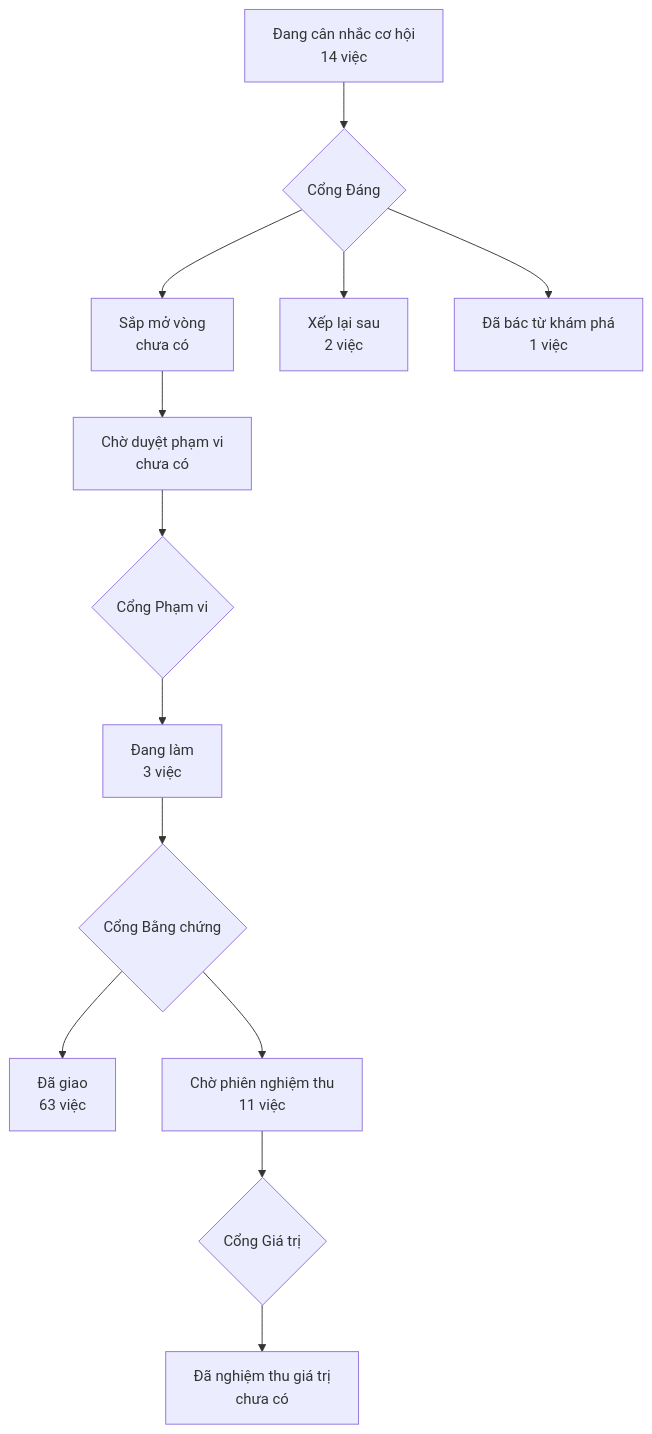
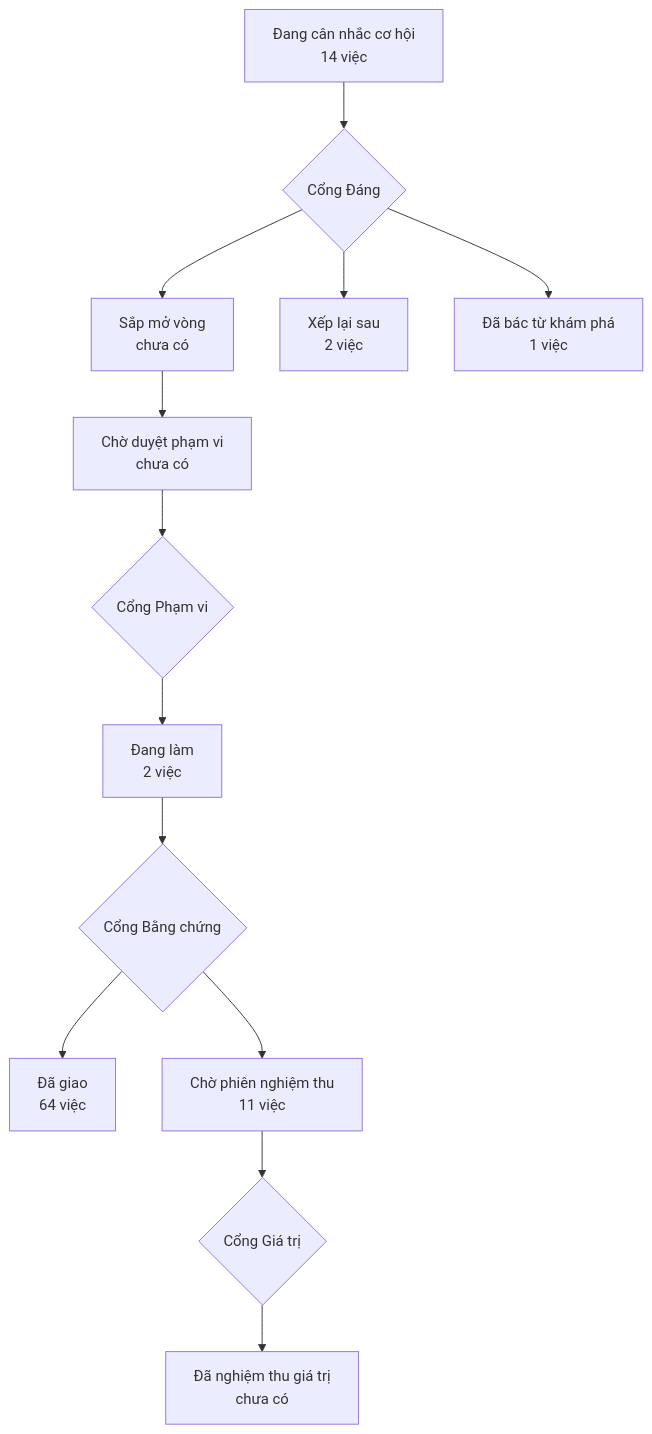
Before and after one commit to phanlemanh/acceptance-gate-kit: the diagram in PRODUCT-MAP.md, drawn with Mermaid. The commit also changed 4 other files, not shown here.

````diff
--- a/PRODUCT-MAP.md
+++ b/PRODUCT-MAP.md
@@ -6,12 +6,12 @@
 ```mermaid
 flowchart TD
   A["Đang cân nhắc cơ hội<br/>14 việc"] --> GD{"Cổng Đáng"}
   GD --> B["Sắp mở vòng<br/>chưa có"]
   GD --> XL["Xếp lại sau<br/>2 việc"]
   GD --> DB["Đã bác từ khám phá<br/>1 việc"]
   B --> CD["Chờ duyệt phạm vi<br/>chưa có"] --> GP{"Cổng Phạm vi"}
-  GP --> DL["Đang làm<br/>3 việc"] --> GB{"Cổng Bằng chứng"}
-  GB --> DG["Đã giao<br/>63 việc"]
+  GP --> DL["Đang làm<br/>2 việc"] --> GB{"Cổng Bằng chứng"}
+  GB --> DG["Đã giao<br/>64 việc"]
   GB --> CN["Chờ phiên nghiệm thu<br/>11 việc"] --> GG{"Cổng Giá trị"}
   GG --> NT["Đã nghiệm thu giá trị<br/>chưa có"]
 ```
````
